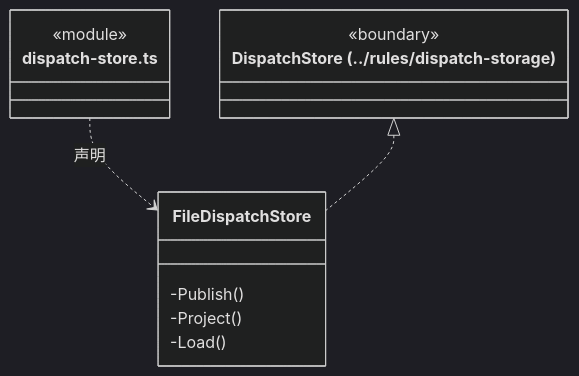
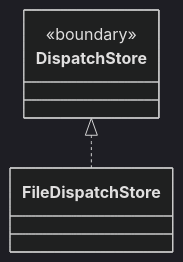
The diagram in src/logic/dispatch/storage/ARCHITECTURE.md (nan023062/cbim), drawn with Mermaid (dark theme) before and after one commit. The commit also changed other lines of this file and 158 other files, not shown here.

Commit message:
docs: model architecture through nested virtual encapsulations

````diff
--- a/src/logic/dispatch/storage/ARCHITECTURE.md
+++ b/src/logic/dispatch/storage/ARCHITECTURE.md
@@ -351,16 +19,10 @@
 ```mermaid
 classDiagram
-class N_src_logic_dispatch_storage_dispatch_store_ts["dispatch-store.ts"] {
-  <<module>>
-}
-class N_src_logic_dispatch_storage_dispatch_store_ts_FileDispatchStore["FileDispatchStore"] {
-  -Publish()
-  -Project()
-  -Load()
-}
-N_src_logic_dispatch_storage_dispatch_store_ts ..> N_src_logic_dispatch_storage_dispatch_store_ts_FileDispatchStore : 声明
-class N_src_logic_dispatch_storage_dispatch_store_ts_external_DispatchStore["DispatchStore (../rules/dispatch-storage)"] {
+class N_1ac578c58ecf["DispatchStore"] {
   <<boundary>>
 }
-N_src_logic_dispatch_storage_dispatch_store_ts_external_DispatchStore <|.. N_src_logic_dispatch_storage_dispatch_store_ts_FileDispatchStore
+click N_1ac578c58ecf href "../rules/dispatch-storage.ts"
+class N_969cf614fdf7["FileDispatchStore"]
+click N_969cf614fdf7 href "dispatch-store.ts"
+N_1ac578c58ecf <|.. N_969cf614fdf7
 ```
````
